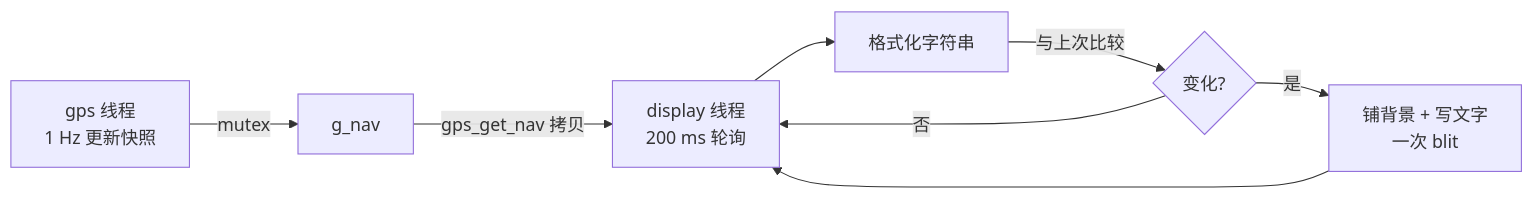
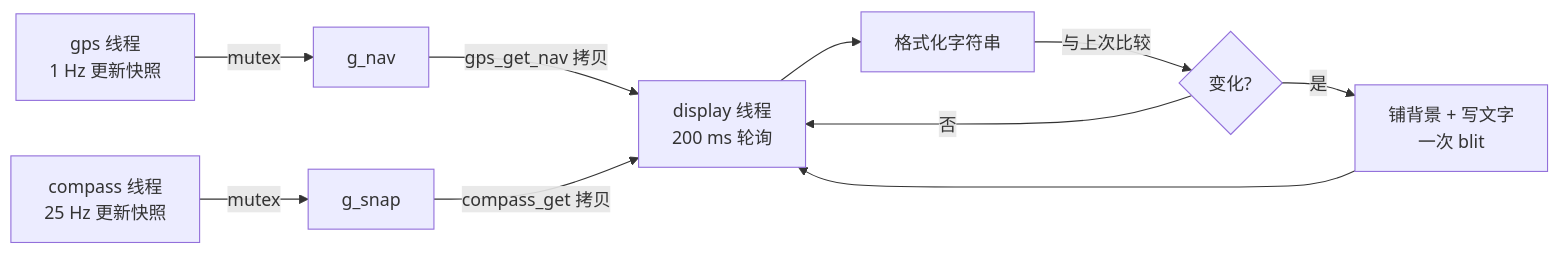
The diagram in Apps/display/README.md (nocardriver/HardBrick), drawn with Mermaid before and after one commit. The commit also changed other lines of this file and 7 other files, not shown here.

````diff
--- a/Apps/display/README.md
+++ b/Apps/display/README.md
@@ -54,10 +71,12 @@
 ```mermaid
 flowchart LR
     A[gps 线程<br/>1 Hz 更新快照] -->|mutex| B[g_nav]
+    M[compass 线程<br/>25 Hz 更新快照] -->|mutex| N[g_snap]
     B -->|gps_get_nav 拷贝| C[display 线程<br/>200 ms 轮询]
+    N -->|compass_get 拷贝| C
     C --> D[格式化字符串]
     D -->|与上次比较| E{变化?}
     E -->|否| C
     E -->|是| F[铺背景 + 写文字<br/>一次 blit]
     F --> C
 ```
````
